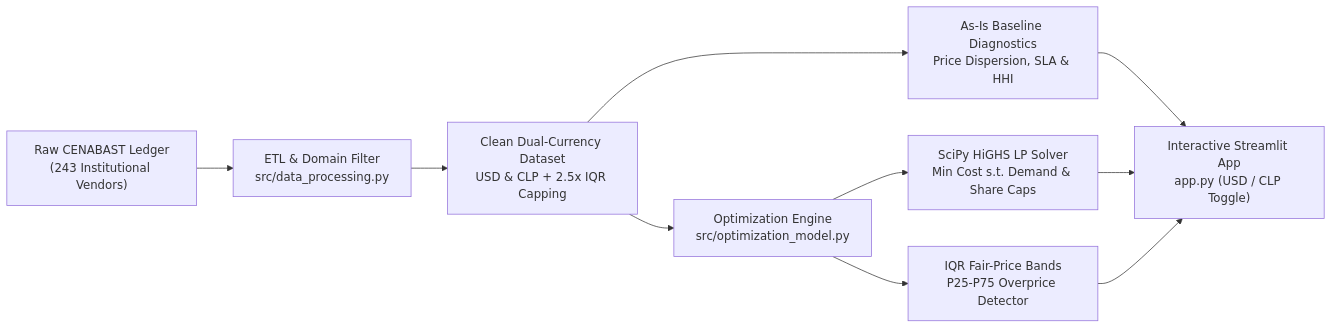
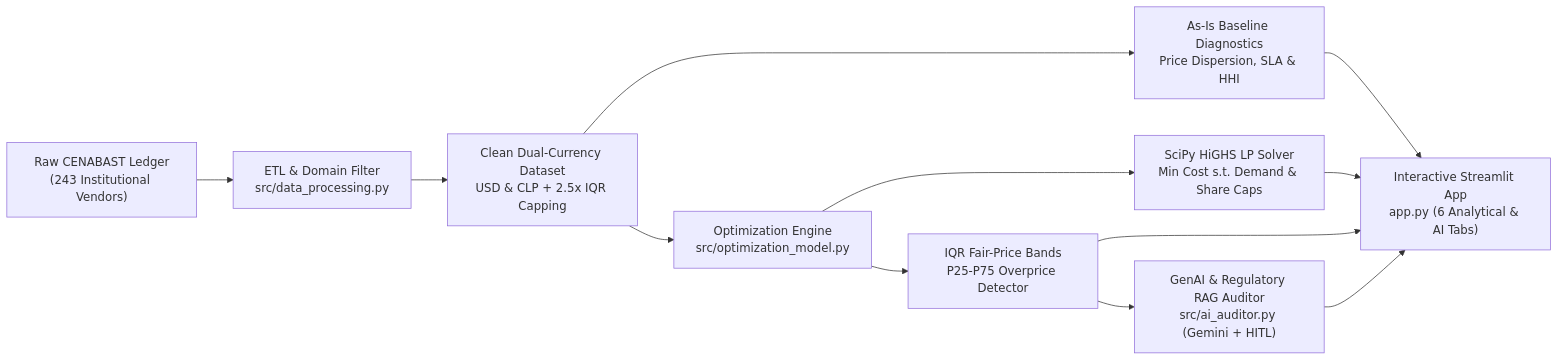
The diagram in README.md (ayalaphysds/healthcare-procurement-optimization), drawn with Mermaid before and after one commit. The commit also changed other lines of this file and 6 other files, not shown here.

Commit message:
feat(ai): integrate Phase 2 Regulatory RAG, 3-layer retry client, HITL supervision, and architecture blueprint

````diff
--- a/README.md
+++ b/README.md
@@ -72,12 +73,14 @@
 ```mermaid
 flowchart LR
     A["Raw CENABAST Ledger<br/>(243 Institutional Vendors)"] --> B["ETL & Domain Filter<br/>src/data_processing.py"]
     B --> C["Clean Dual-Currency Dataset<br/>USD & CLP + 2.5x IQR Capping"]
     C --> D["As-Is Baseline Diagnostics<br/>Price Dispersion, SLA & HHI"]
     C --> E["Optimization Engine<br/>src/optimization_model.py"]
     E --> F["SciPy HiGHS LP Solver<br/>Min Cost s.t. Demand & Share Caps"]
     E --> G["IQR Fair-Price Bands<br/>P25-P75 Overprice Detector"]
-    D --> H["Interactive Streamlit App<br/>app.py (USD / CLP Toggle)"]
+    G --> I["GenAI & Regulatory RAG Auditor<br/>src/ai_auditor.py (Gemini + HITL)"]
+    D --> H["Interactive Streamlit App<br/>app.py (6 Analytical & AI Tabs)"]
     F --> H
     G --> H
+    I --> H
 ```
````
